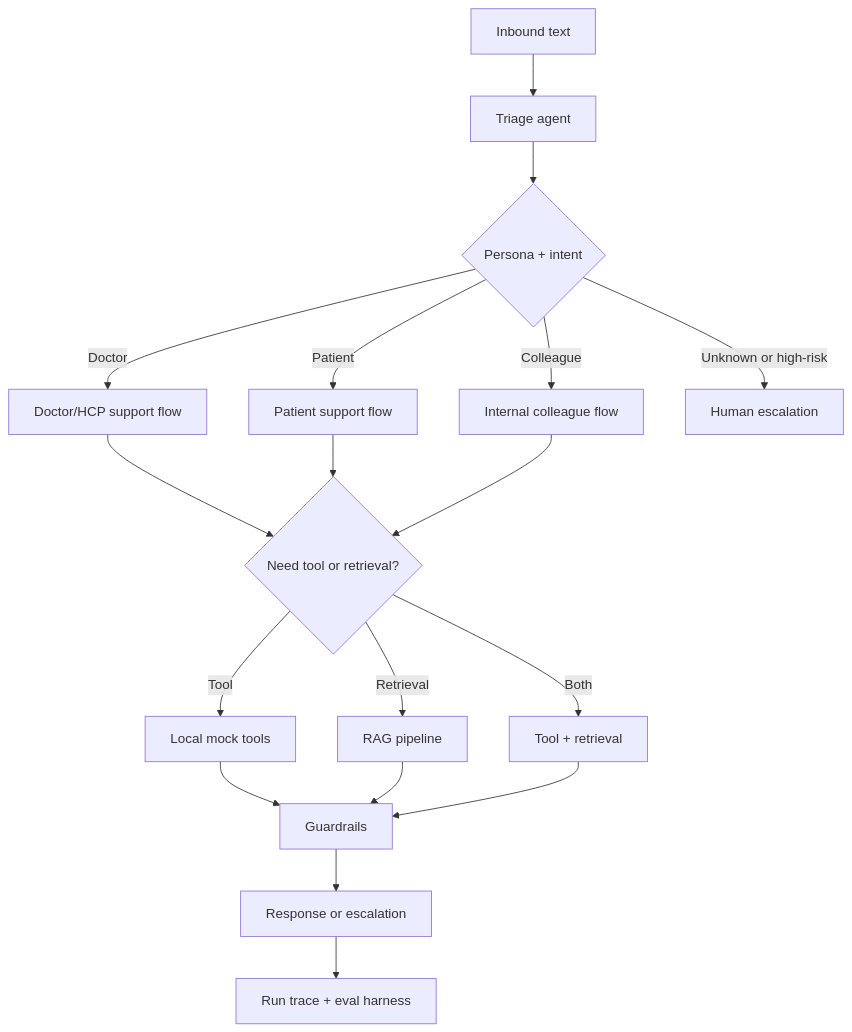
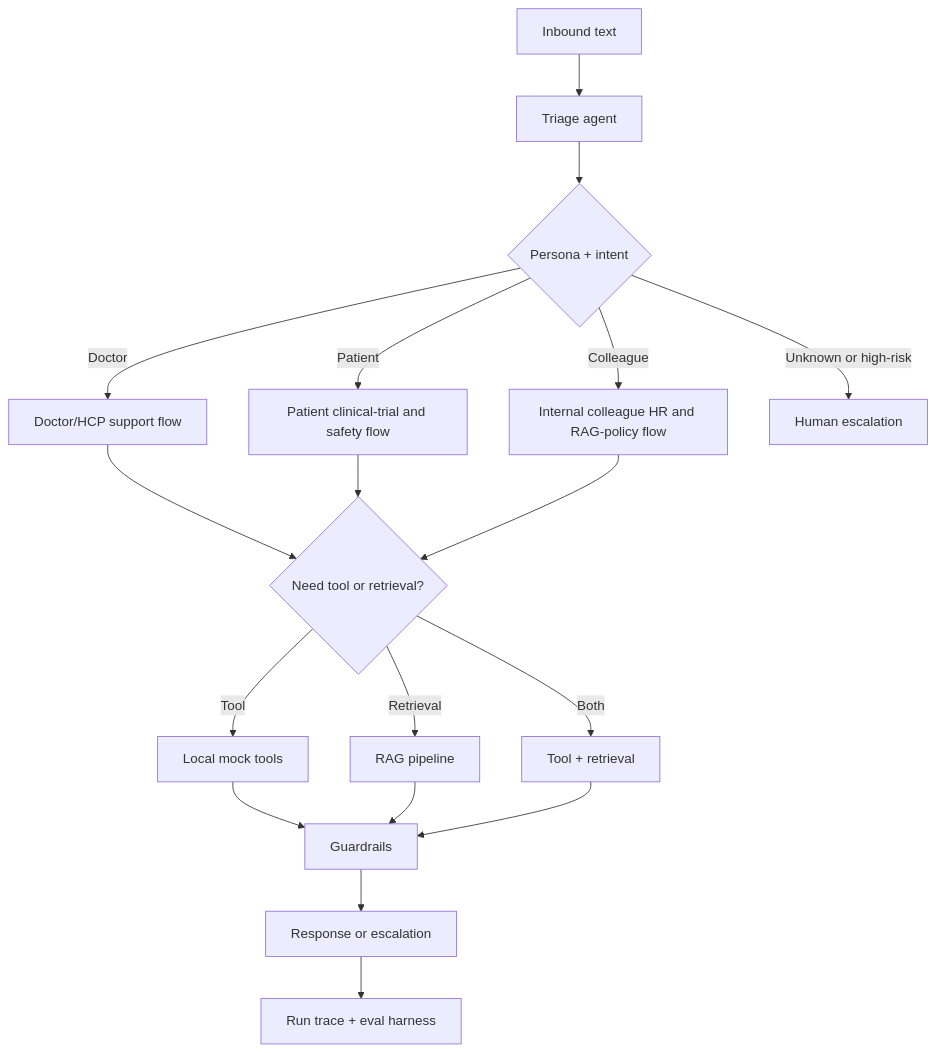
The first of 5 diagrams in docs/flow-diagrams.md (V0xP0p/call-center-example-case), drawn with Mermaid before and after one commit. The commit also changed other lines of this file and 45 other files, not shown here.

Commit message:
Expand patient and colleague workflow examples

````diff
--- a/docs/flow-diagrams.md
+++ b/docs/flow-diagrams.md
@@ -5,23 +5,23 @@
 ```mermaid
 flowchart TD
     A["Inbound text"] --> B["Triage agent"]
     B --> C{"Persona + intent"}
     C -->|Doctor| D["Doctor/HCP support flow"]
-    C -->|Patient| E["Patient support flow"]
-    C -->|Colleague| F["Internal colleague flow"]
+    C -->|Patient| E["Patient clinical-trial and safety flow"]
+    C -->|Colleague| F["Internal colleague HR and RAG-policy flow"]
     C -->|Unknown or high-risk| G["Human escalation"]
 
     D --> H{"Need tool or retrieval?"}
     E --> H
     F --> H
 
     H -->|Tool| I["Local mock tools"]
     H -->|Retrieval| J["RAG pipeline"]
     H -->|Both| K["Tool + retrieval"]
 
     I --> L["Guardrails"]
     J --> L
     K --> L
     L --> M["Response or escalation"]
     M --> N["Run trace + eval harness"]
 ```
````
